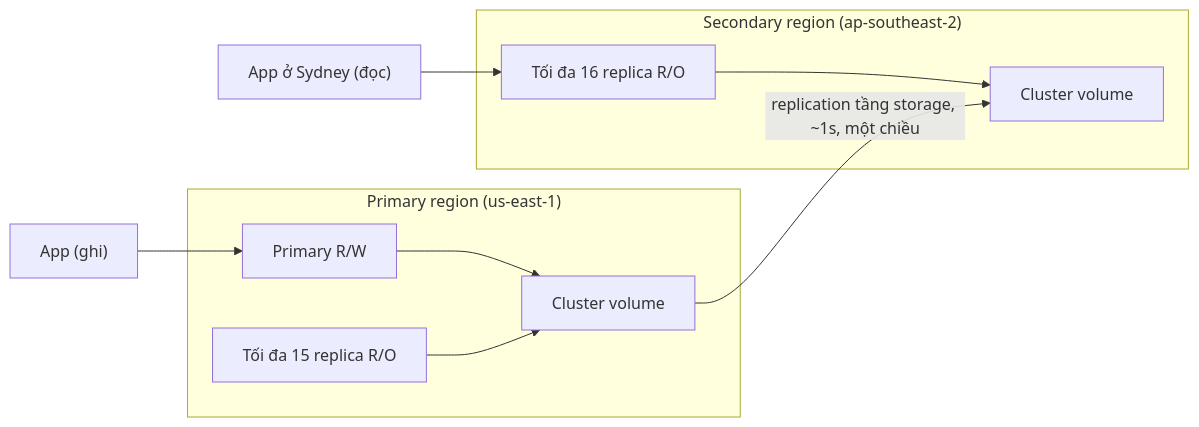
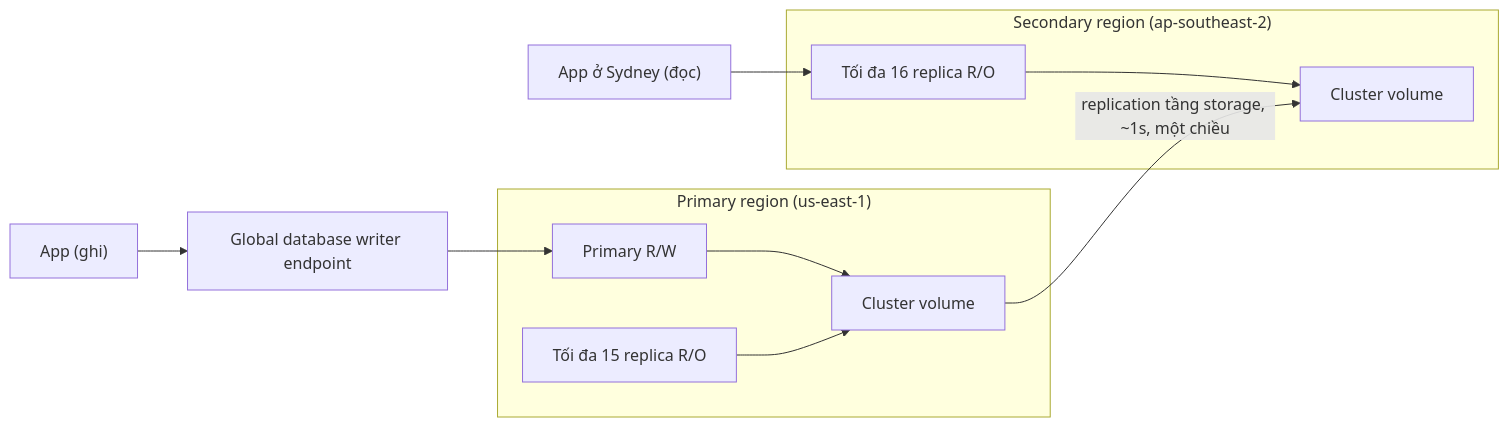
One commit to hairbui76/aws-saa-c03 changed the diagram in data/11 Databases/Aurora Global Database.md. Above: the diagram before and after it, drawn with Mermaid. The commit also changed other lines of this file and 68 other files, not shown here.

````diff
--- a/data/11 Databases/Aurora Global Database.md
+++ b/data/11 Databases/Aurora Global Database.md
@@ -24,18 +29,19 @@
 ```mermaid
 flowchart LR
   subgraph P["Primary region (us-east-1)"]
     W["Primary R/W"]
     PR["Tối đa 15 replica R/O"]
     PV["Cluster volume"]
     W --> PV
     PR --> PV
   end
   subgraph S["Secondary region (ap-southeast-2)"]
     SR["Tối đa 16 replica R/O"]
     SV["Cluster volume"]
     SR --> SV
   end
   PV -- "replication tầng storage, ~1s, một chiều" --> SV
-  APPW["App (ghi)"] --> W
+  GWE["Global database writer endpoint"] --> W
+  APPW["App (ghi)"] --> GWE
   APPR["App ở Sydney (đọc)"] --> SR
 ```
````
